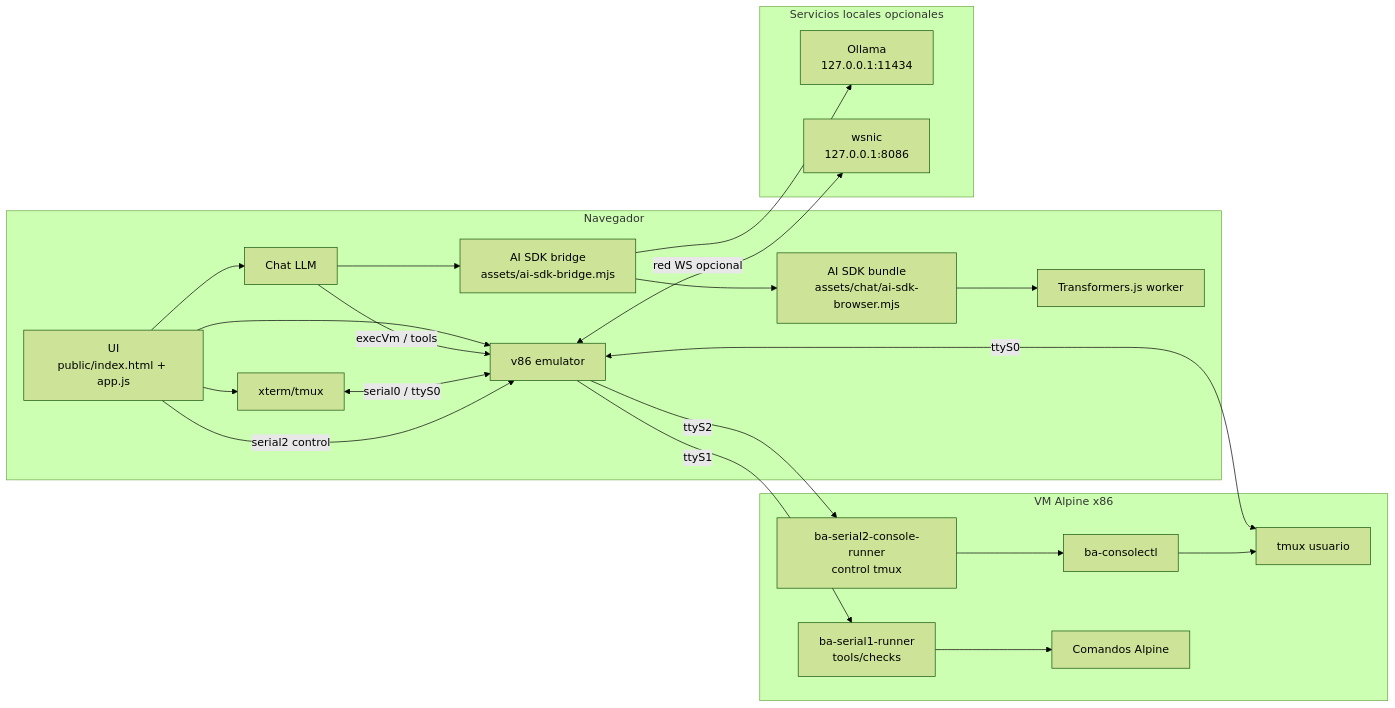
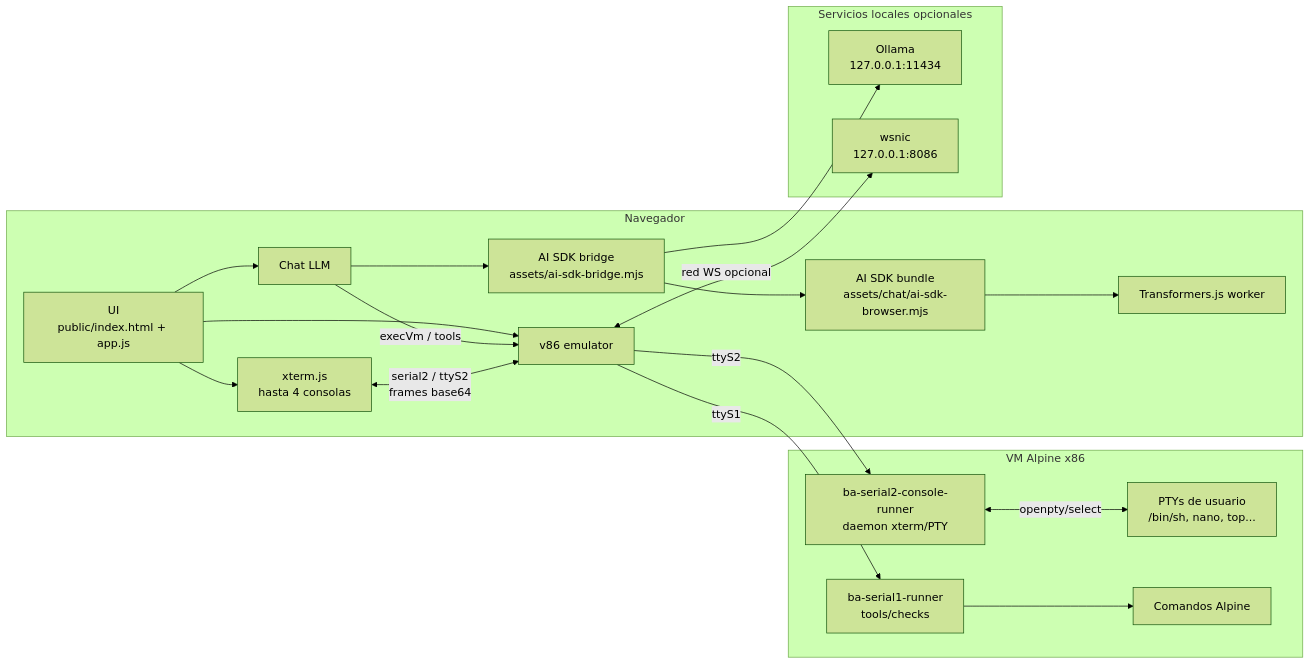
One commit to Len4m/browser-agent-v86-poc changed the diagram in docs/ARCHITECTURE.md. Above: the diagram before and after it, drawn with Mermaid (forest theme). The commit also changed other lines of this file and 3 other files, not shown here.

Commit message:
Document direct xterm console architecture

````diff
--- a/docs/ARCHITECTURE.md
+++ b/docs/ARCHITECTURE.md
@@ -9,43 +9,39 @@
 ```mermaid
 flowchart LR
   subgraph Browser["Navegador"]
     UI["UI<br/>public/index.html + app.js"]
-    Xterm["xterm/tmux"]
+    Xterm["xterm.js<br/>hasta 4 consolas"]
     Chat["Chat LLM"]
     Bridge["AI SDK bridge<br/>assets/ai-sdk-bridge.mjs"]
     AiBundle["AI SDK bundle<br/>assets/chat/ai-sdk-browser.mjs"]
     Worker["Transformers.js worker"]
     V86["v86 emulator"]
   end
 
   subgraph VM["VM Alpine x86"]
-    Tmux["tmux usuario"]
+    PTY["PTYs de usuario<br/>/bin/sh, nano, top..."]
     S1["ba-serial1-runner<br/>tools/checks"]
-    S2["ba-serial2-console-runner<br/>control tmux"]
-    Ctl["ba-consolectl"]
+    S2["ba-serial2-console-runner<br/>daemon xterm/PTY"]
     Tools["Comandos Alpine"]
   end
 
   subgraph Local["Servicios locales opcionales"]
     Ollama["Ollama<br/>127.0.0.1:11434"]
     Wsnic["wsnic<br/>127.0.0.1:8086"]
   end
 
   UI --> Chat
   UI --> Xterm
   UI --> V86
   Chat --> Bridge
   Bridge --> AiBundle
   AiBundle --> Worker
   Bridge --> Ollama
   Chat -->|"execVm / tools"| V86
-  Xterm <-->|"serial0 / ttyS0"| V86
-  V86 <-->|"ttyS0"| Tmux
+  Xterm <-->|"serial2 / ttyS2<br/>frames base64"| V86
   V86 -->|"ttyS1"| S1
   S1 --> Tools
-  UI -->|"serial2 control"| V86
   V86 -->|"ttyS2"| S2
-  S2 --> Ctl
-  Ctl --> Tmux
+  S2 <-->|"openpty/select"| PTY
   V86 <-->|"red WS opcional"| Wsnic
 ```
````
